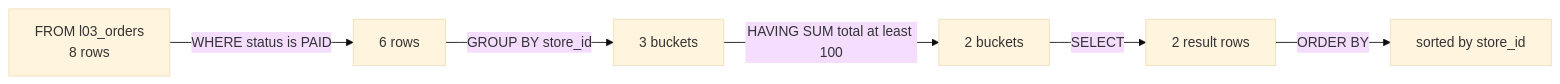
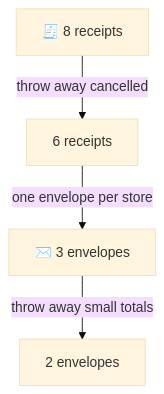
One commit to starjustice/research-material changed the first of 4 diagrams in learn/database/03-grouping-and-aggregation.md. Above: the diagram before and after it, drawn with Mermaid (base theme). The commit also changed other lines of this file, not shown here.

````diff
--- a/learn/database/03-grouping-and-aggregation.md
+++ b/learn/database/03-grouping-and-aggregation.md
@@ -75,8 +15,6 @@
 ```mermaid
-graph LR
-    F["FROM l03_orders<br/>8 rows"] -->|WHERE status is PAID| W["6 rows"]
-    W -->|GROUP BY store_id| G["3 buckets"]
-    G -->|HAVING SUM total at least 100| H["2 buckets"]
-    H -->|SELECT| S["2 result rows"]
-    S -->|ORDER BY| O["sorted by store_id"]
+graph TB
+    F["🧾 8 receipts"] -->|throw away cancelled| W["6 receipts"]
+    W -->|one envelope per store| G["✉️ 3 envelopes"]
+    G -->|throw away small totals| H["2 envelopes"]
 ```
````
